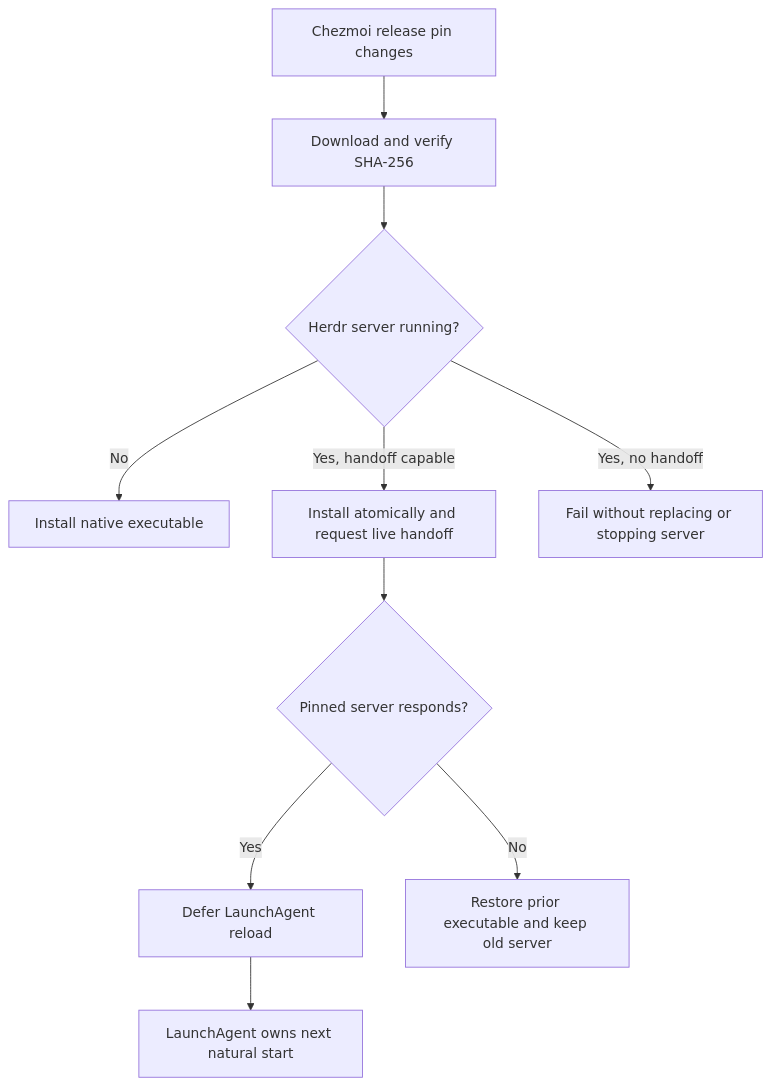
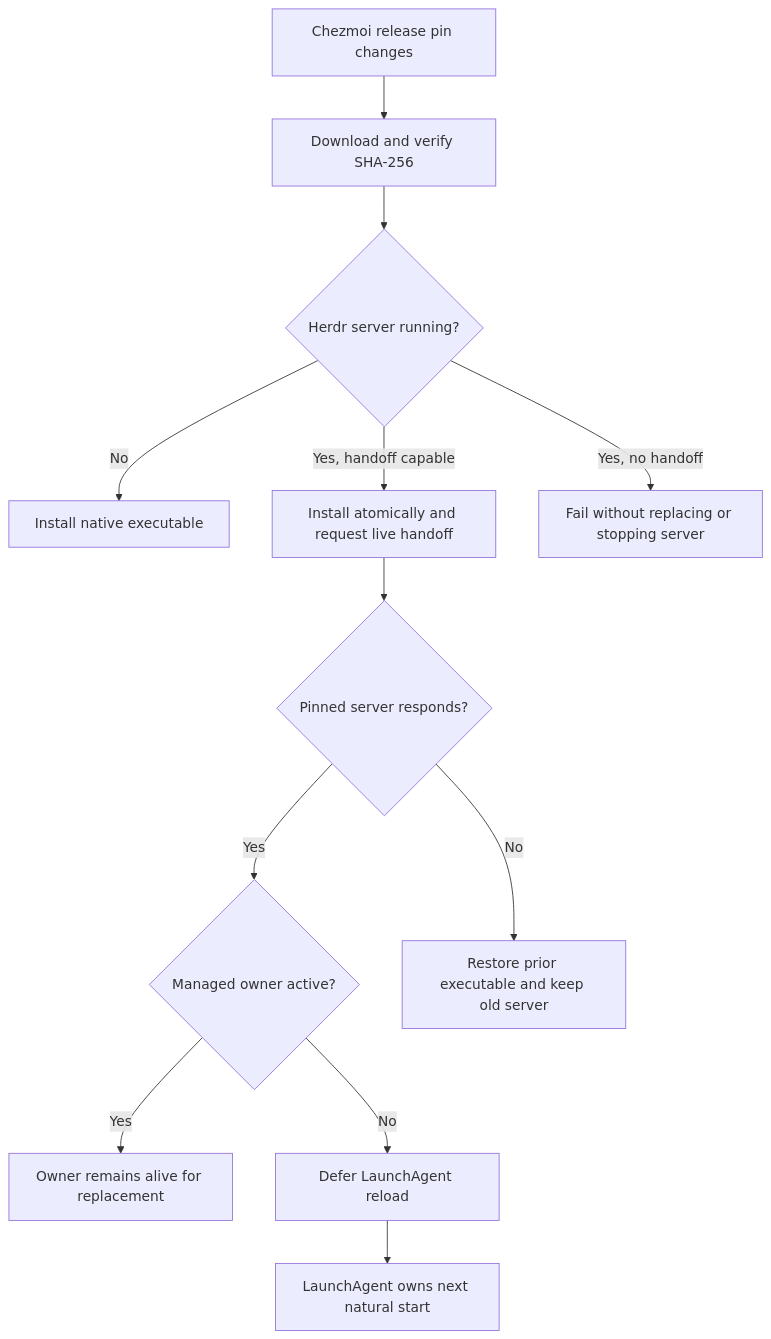
Before and after one commit to Saltiola7/dotfiles-ai: the second of 2 diagrams in docs/specs/shell_auth_startup/README.md, drawn with Mermaid. The commit also changed other lines of this file and 6 other files, not shown here.

Commit message:
fix(herdr): keep handoff owner durable

````diff
--- a/docs/specs/shell_auth_startup/README.md
+++ b/docs/specs/shell_auth_startup/README.md
@@ -115,14 +115,16 @@
 ```mermaid
 flowchart TD
     accTitle: Chezmoi-managed native Herdr upgrade
-    accDescr: Chezmoi verifies the pinned native Herdr release. With no running server it installs directly. With a compatible running server it installs atomically and requests live handoff. A failed handoff restores the prior executable and leaves the old server running. LaunchAgent reload waits until a natural login or reboot.
+    accDescr: Chezmoi verifies the pinned native Herdr release. With no running server it installs directly. With a compatible running server it installs atomically and requests live handoff. A managed owner remains alive for the replacement; a failed handoff restores the prior executable and leaves the old server running.
     A[Chezmoi release pin changes] --> V[Download and verify SHA-256]
     V --> R{Herdr server running?}
     R -->|No| I[Install native executable]
     R -->|Yes, handoff capable| H[Install atomically and request live handoff]
     R -->|Yes, no handoff| F[Fail without replacing or stopping server]
     H --> S{Pinned server responds?}
-    S -->|Yes| D[Defer LaunchAgent reload]
+    S -->|Yes| O{Managed owner active?}
     S -->|No| B[Restore prior executable and keep old server]
+    O -->|Yes| K[Owner remains alive for replacement]
+    O -->|No| D[Defer LaunchAgent reload]
     D --> L[LaunchAgent owns next natural start]
 ```
````
